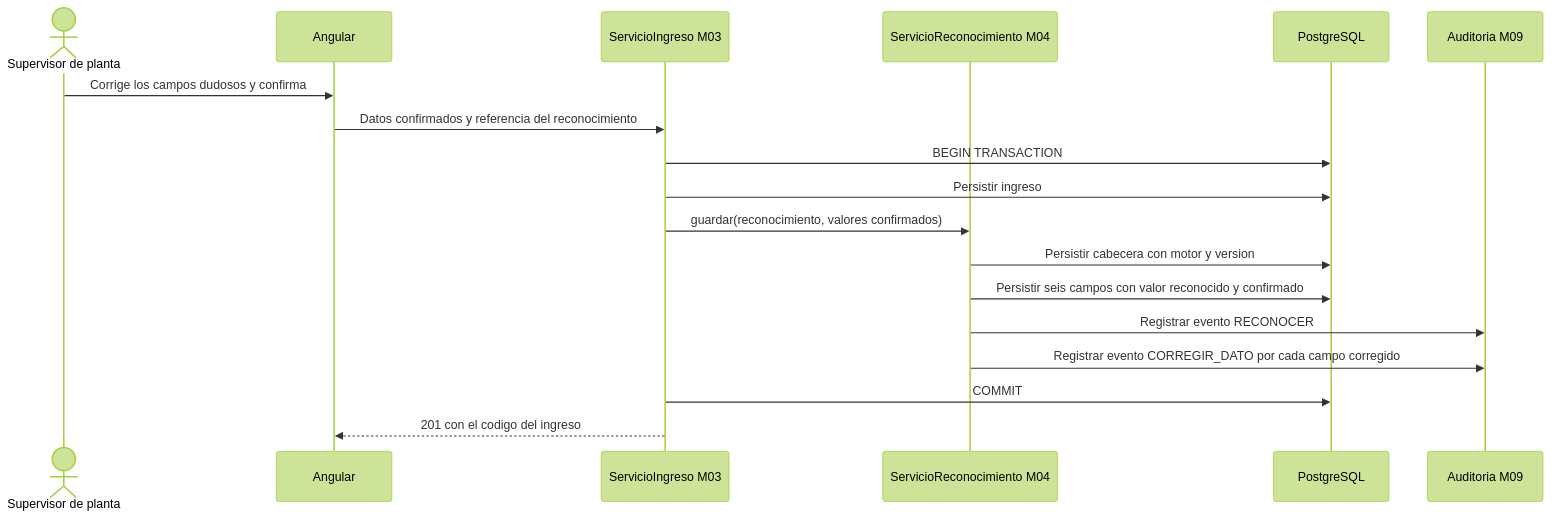
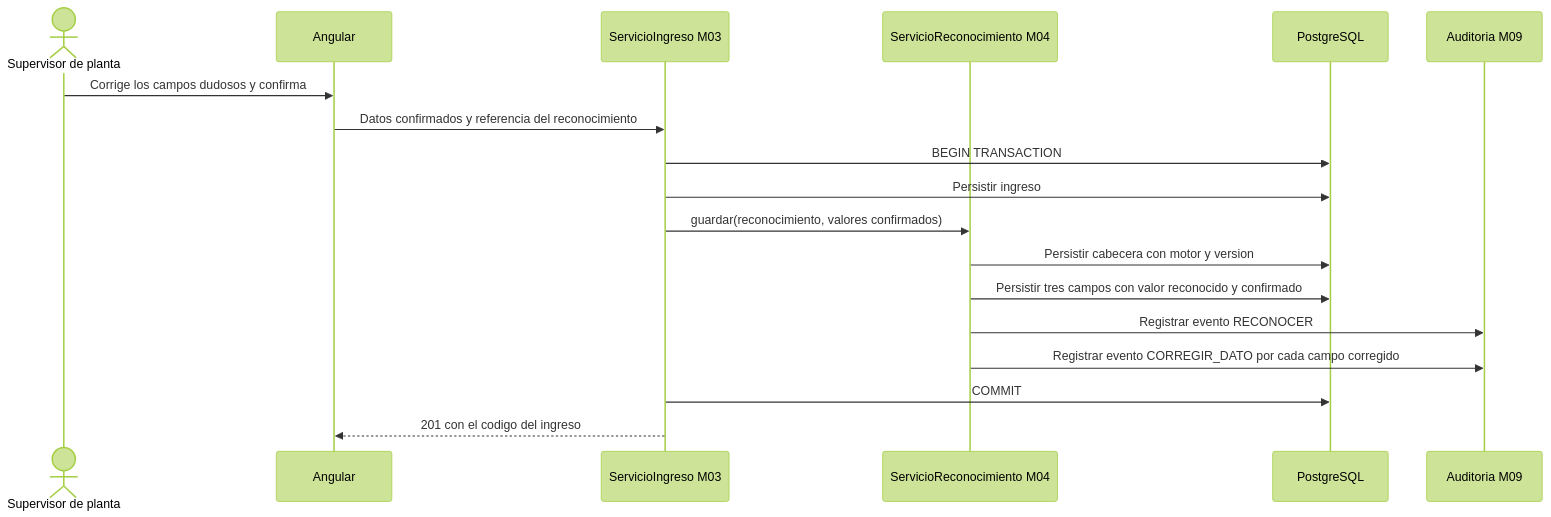
One commit to adlerOmonte1/LogisticaMinera changed the second of 3 diagrams in docs/modulos/M04-reconocimiento/diagramas/secuencia.md. Above: the diagram before and after it, drawn with Mermaid (forest theme). The commit also changed other lines of this file and 91 other files, not shown here.

````diff
--- a/docs/modulos/M04-reconocimiento/diagramas/secuencia.md
+++ b/docs/modulos/M04-reconocimiento/diagramas/secuencia.md
@@ -37,21 +37,21 @@
 ```mermaid
 sequenceDiagram
     actor S as Supervisor de planta
     participant NG as Angular
     participant SRV as ServicioIngreso M03
     participant RCS as ServicioReconocimiento M04
     participant DB as PostgreSQL
     participant AUD as Auditoria M09
 
     S->>NG: Corrige los campos dudosos y confirma
     NG->>SRV: Datos confirmados y referencia del reconocimiento
     SRV->>DB: BEGIN TRANSACTION
     SRV->>DB: Persistir ingreso
     SRV->>RCS: guardar(reconocimiento, valores confirmados)
     RCS->>DB: Persistir cabecera con motor y version
-    RCS->>DB: Persistir seis campos con valor reconocido y confirmado
+    RCS->>DB: Persistir tres campos con valor reconocido y confirmado
     RCS->>AUD: Registrar evento RECONOCER
     RCS->>AUD: Registrar evento CORREGIR_DATO por cada campo corregido
     SRV->>DB: COMMIT
     SRV-->>NG: 201 con el codigo del ingreso
 ```
````
